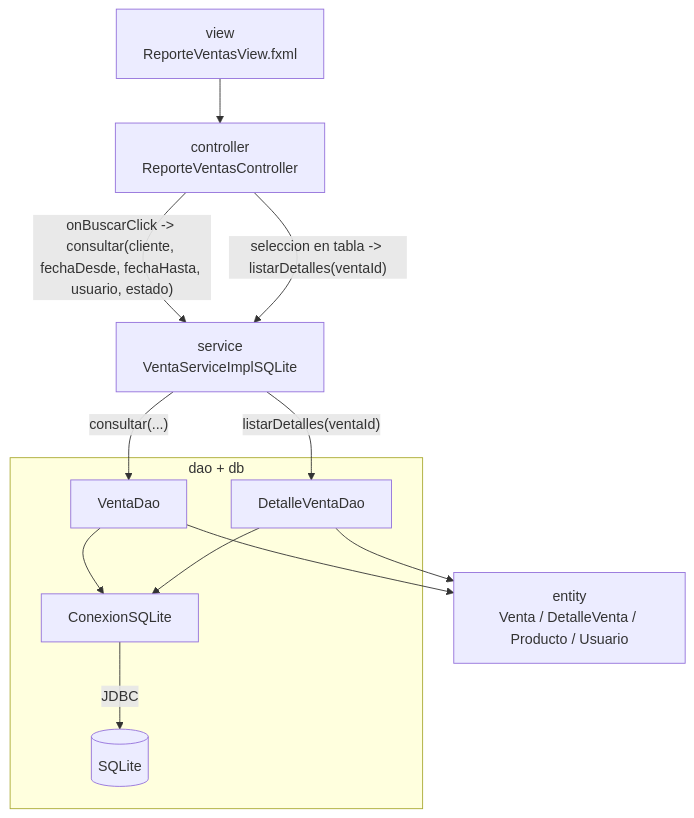
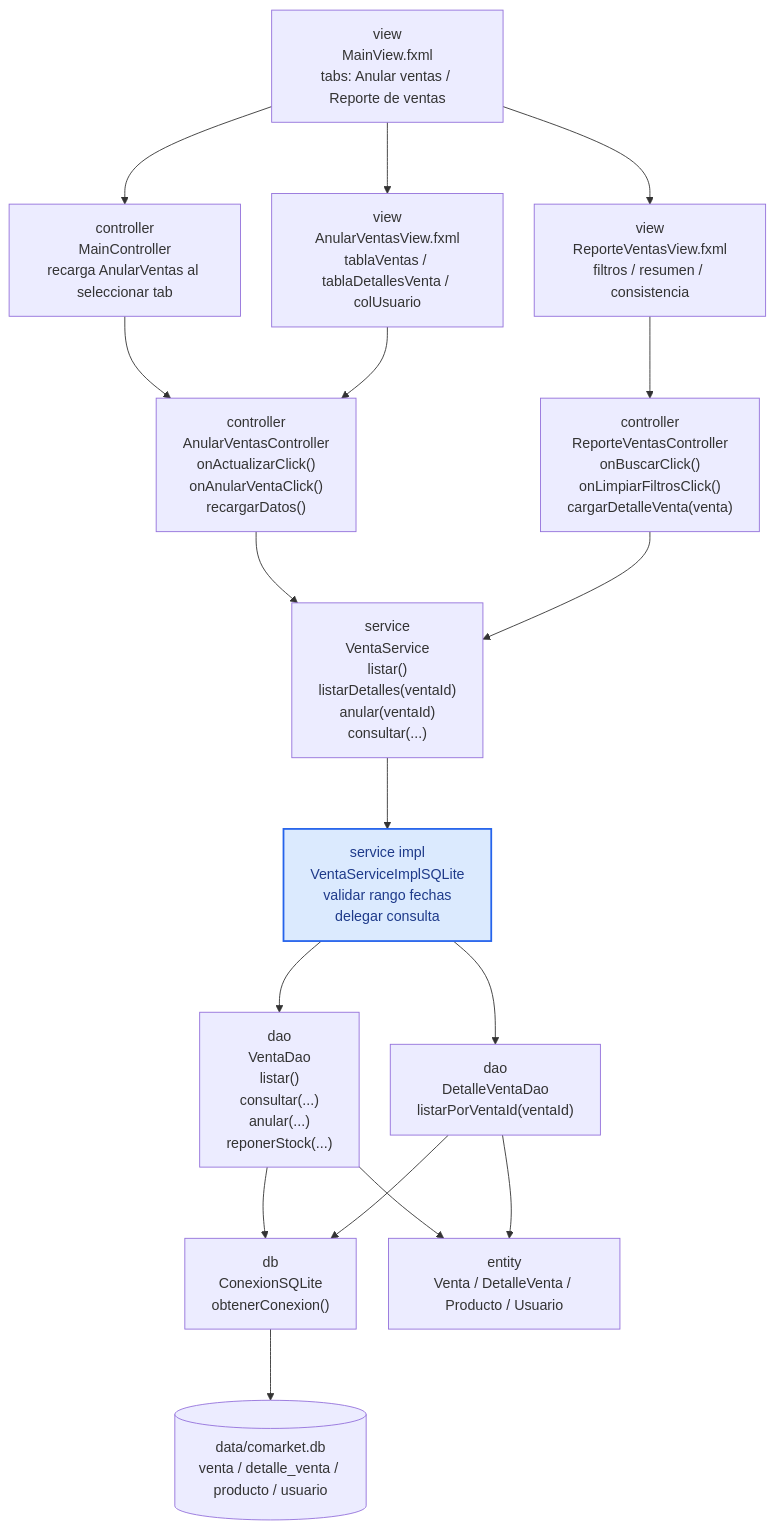
The diagram in docs/S11_Consultas_Integradas_Pruebas.md (262poo/comarket), drawn with Mermaid before and after one commit. The commit also changed other lines of this file and 7 other files, not shown here.

````diff
--- a/docs/S11_Consultas_Integradas_Pruebas.md
+++ b/docs/S11_Consultas_Integradas_Pruebas.md
@@ -71,26 +76,37 @@
 ```mermaid
-flowchart TB
-  Vista["view<br/>ReporteVentasView.fxml"]
-  Controlador["controller<br/>ReporteVentasController"]
-    Servicio["service<br/>VentaServiceImplSQLite"]
+%%{init: {'flowchart': {'rankSpacing': 80, 'nodeSpacing': 35, 'curve': 'basis'}} }%%
+flowchart TD
+    MainView["view<br/>MainView.fxml<br/>tabs: Anular ventas / Reporte de ventas"]
+    AnularVentasView["view<br/>AnularVentasView.fxml<br/>tablaVentas / tablaDetallesVenta / colUsuario"]
+    ReporteVentasView["view<br/>ReporteVentasView.fxml<br/>filtros / resumen / consistencia"]
+    MainController["controller<br/>MainController<br/>recarga AnularVentas al seleccionar tab"]
+    AnularVentasController["controller<br/>AnularVentasController<br/>onActualizarClick()<br/>onAnularVentaClick()<br/>recargarDatos()"]
+    ReporteVentasController["controller<br/>ReporteVentasController<br/>onBuscarClick()<br/>onLimpiarFiltrosClick()<br/>cargarDetalleVenta(venta)"]
+    VentaService["service<br/>VentaService<br/>listar()<br/>listarDetalles(ventaId)<br/>anular(ventaId)<br/>consultar(...)"]
+    VentaServiceImplSQLite["service impl<br/>VentaServiceImplSQLite<br/>validar rango fechas<br/>delegar consulta"]
+    VentaDao["dao<br/>VentaDao<br/>listar()<br/>consultar(...)<br/>anular(...)<br/>reponerStock(...)"]
+    DetalleVentaDao["dao<br/>DetalleVentaDao<br/>listarPorVentaId(ventaId)"]
+    ConexionSQLite["db<br/>ConexionSQLite<br/>obtenerConexion()"]
+    Entidades["entity<br/>Venta / DetalleVenta / Producto / Usuario"]
+    SQLite[("data/comarket.db<br/>venta / detalle_venta / producto / usuario")]
 
-    subgraph Persistencia["dao + db"]
-        VentaDAO["VentaDao"]
-        DetalleDAO["DetalleVentaDao"]
-        Conexion["ConexionSQLite"]
-        SQLite[("SQLite")]
-    end
+    MainView --> MainController
+    MainView --> AnularVentasView
+    MainView --> ReporteVentasView
+    MainController --> AnularVentasController
+    AnularVentasView --> AnularVentasController
+    ReporteVentasView --> ReporteVentasController
+    AnularVentasController --> VentaService
+    ReporteVentasController --> VentaService
+    VentaService --> VentaServiceImplSQLite
+    VentaServiceImplSQLite --> VentaDao
+    VentaServiceImplSQLite --> DetalleVentaDao
+    VentaDao --> ConexionSQLite
+    DetalleVentaDao --> ConexionSQLite
+    VentaDao --> Entidades
+    DetalleVentaDao --> Entidades
+    ConexionSQLite --> SQLite
 
-    Entidades["entity<br/>Venta / DetalleVenta / Producto / Usuario"]
-
-    Vista --> Controlador
-    Controlador -->|"onBuscarClick -> consultar(cliente, fechaDesde, fechaHasta, usuario, estado)"| Servicio
-    Controlador -->|"seleccion en tabla -> listarDetalles(ventaId)"| Servicio
-    Servicio -->|"consultar(...)"| VentaDAO
-    Servicio -->|"listarDetalles(ventaId)"| DetalleDAO
-    VentaDAO --> Entidades
-    DetalleDAO --> Entidades
-    VentaDAO --> Conexion
-    DetalleDAO --> Conexion
-    Conexion -->|"JDBC"| SQLite
+    classDef serviceImpl fill:#dbeafe,stroke:#2563eb,stroke-width:2px,color:#1e3a8a;
+    class VentaServiceImplSQLite serviceImpl;
 ```
````
